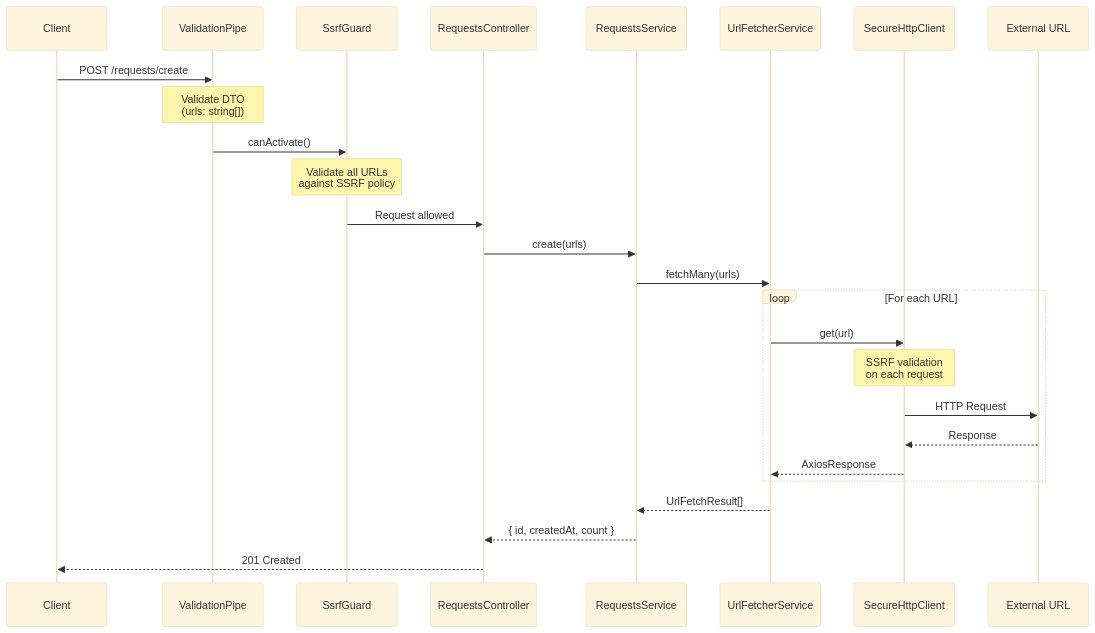
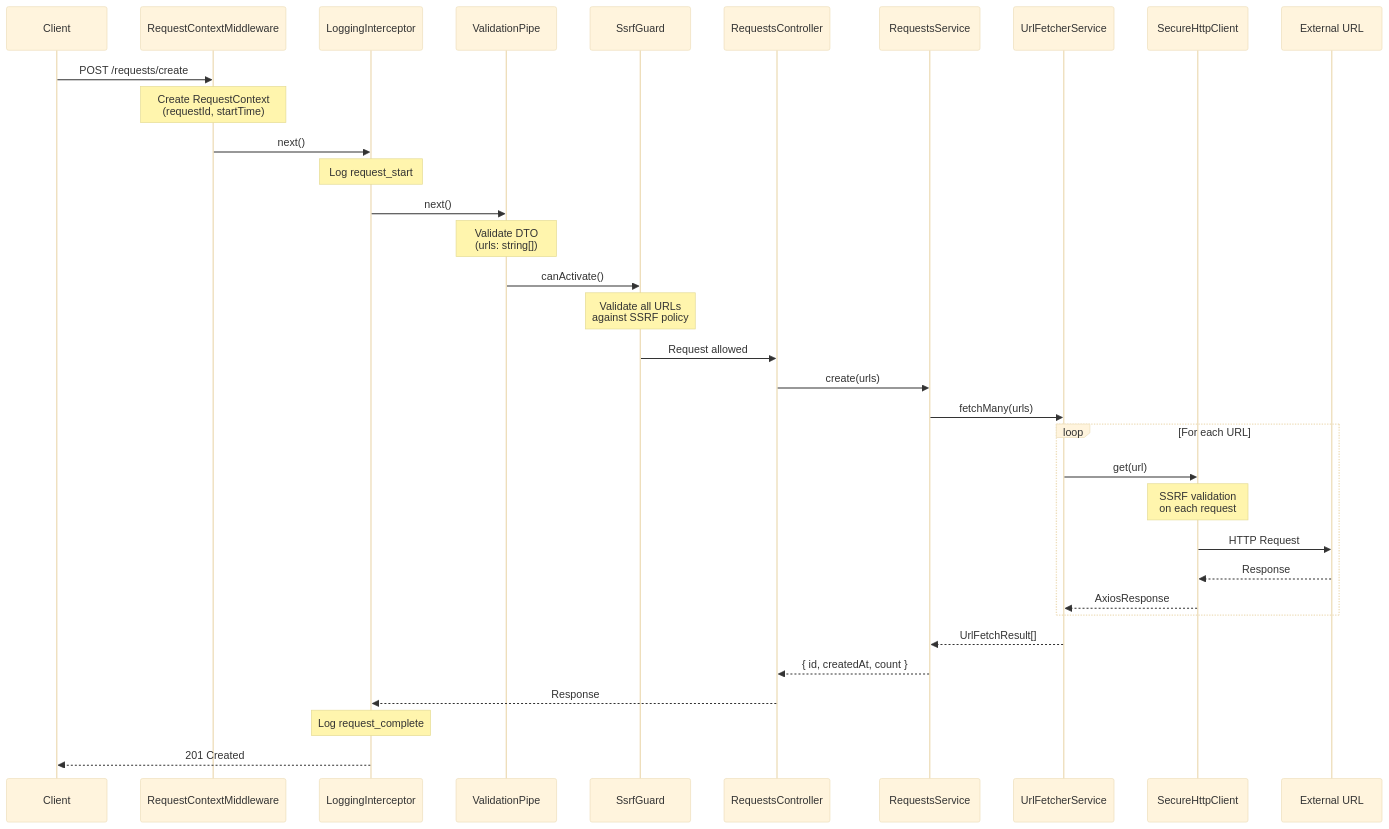
The second of 6 diagrams in docs/ARCHITECTURE.md (TonyYoga/url-fetcher), drawn with Mermaid (base theme) before and after one commit. The commit also changed other lines of this file and 3 other files, not shown here.

````diff
--- a/docs/ARCHITECTURE.md
+++ b/docs/ARCHITECTURE.md
@@ -106,31 +135,39 @@
 ```mermaid
 sequenceDiagram
     participant C as Client
+    participant MW as RequestContextMiddleware
+    participant LI as LoggingInterceptor
     participant VP as ValidationPipe
     participant G as SsrfGuard
     participant RC as RequestsController
     participant RS as RequestsService
     participant UF as UrlFetcherService
     participant SH as SecureHttpClient
     participant EXT as External URL
 
-    C->>VP: POST /requests/create
+    C->>MW: POST /requests/create
+    Note over MW: Create RequestContext<br/>(requestId, startTime)
+    MW->>LI: next()
+    Note over LI: Log request_start
+    LI->>VP: next()
     Note over VP: Validate DTO<br/>(urls: string[])
     VP->>G: canActivate()
     Note over G: Validate all URLs<br/>against SSRF policy
     G->>RC: Request allowed
     RC->>RS: create(urls)
     RS->>UF: fetchMany(urls)
     
     loop For each URL
         UF->>SH: get(url)
         Note over SH: SSRF validation<br/>on each request
         SH->>EXT: HTTP Request
         EXT-->>SH: Response
         SH-->>UF: AxiosResponse
     end
     
     UF-->>RS: UrlFetchResult[]
     RS-->>RC: { id, createdAt, count }
-    RC-->>C: 201 Created
+    RC-->>LI: Response
+    Note over LI: Log request_complete
+    LI-->>C: 201 Created
 ```
````
